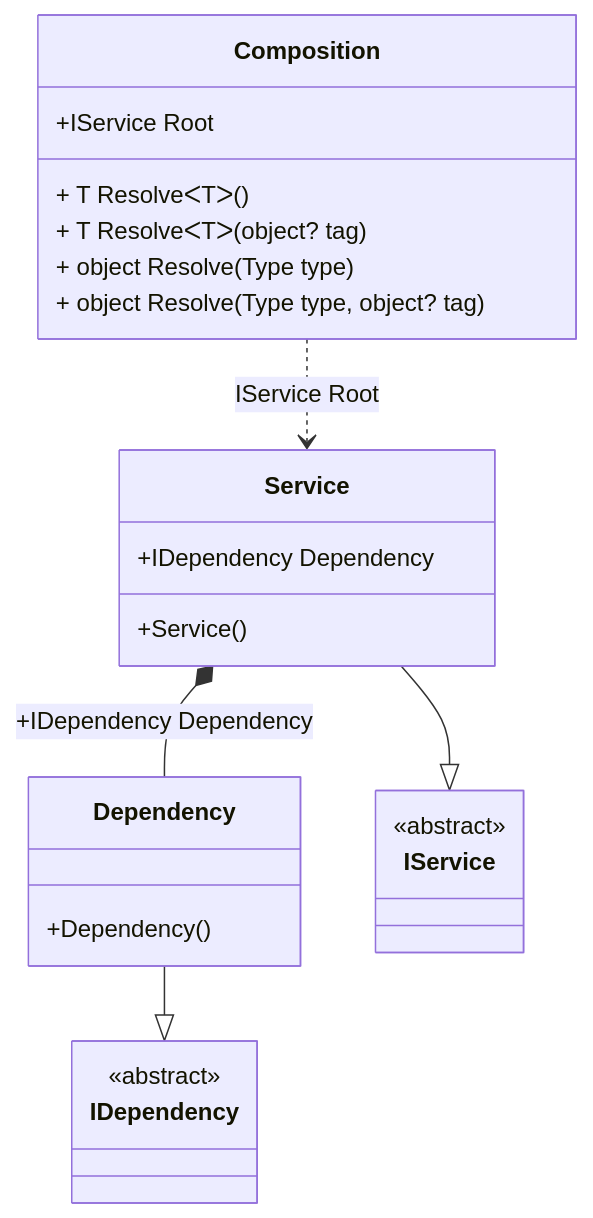
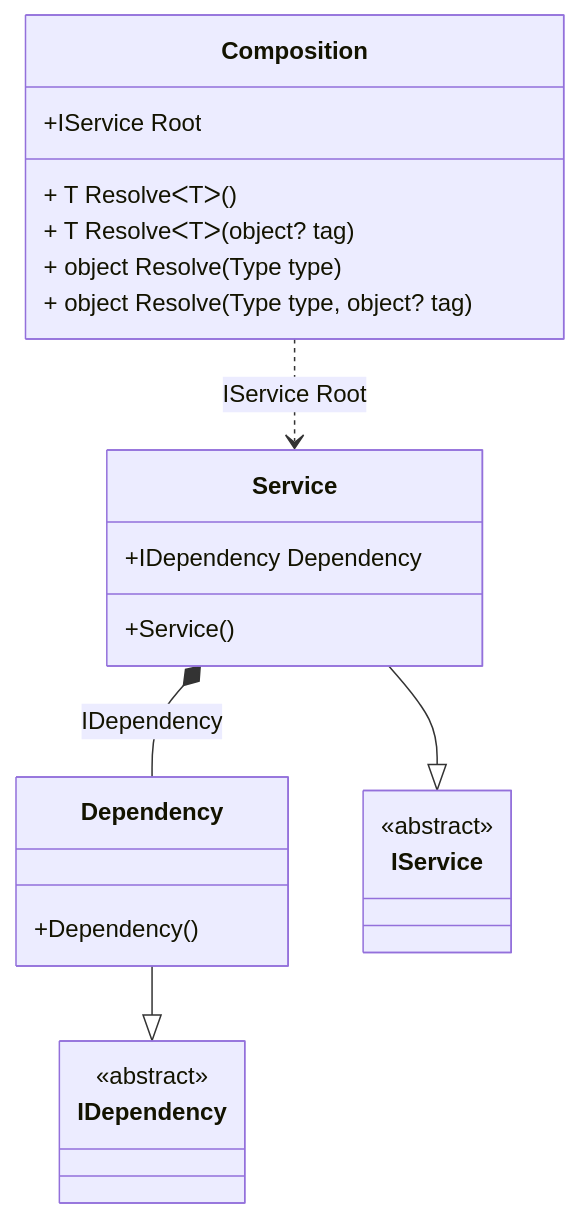
Before and after one commit to DevTeam/Pure.DI: the diagram in readme/property-injection.md, drawn with Mermaid. The commit also changed other lines of this file and 84 other files, not shown here.

````diff
--- a/readme/property-injection.md
+++ b/readme/property-injection.md
@@ -35,27 +35,27 @@
 ```mermaid
 classDiagram
   class Composition {
     +IService Root
     + T ResolveᐸTᐳ()
     + T ResolveᐸTᐳ(object? tag)
     + object Resolve(Type type)
     + object Resolve(Type type, object? tag)
   }
   Dependency --|> IDependency : 
   class Dependency {
     +Dependency()
   }
   Service --|> IService : 
   class Service {
     +Service()
     +IDependency Dependency
   }
   class IDependency {
     <<abstract>>
   }
   class IService {
     <<abstract>>
   }
-  Service *--  Dependency : +IDependency Dependency
+  Service *--  Dependency : IDependency
   Composition ..> Service : IService Root
 ```
````
